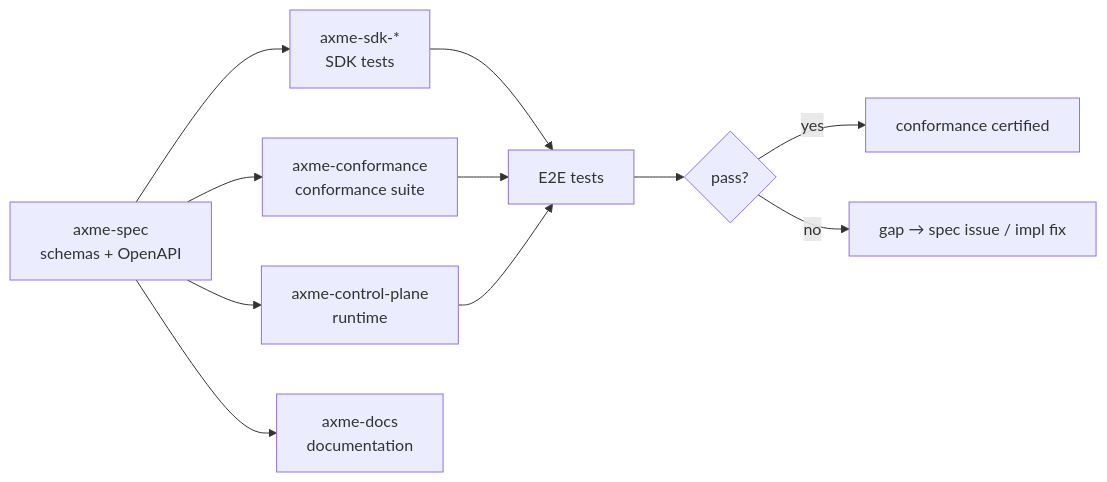
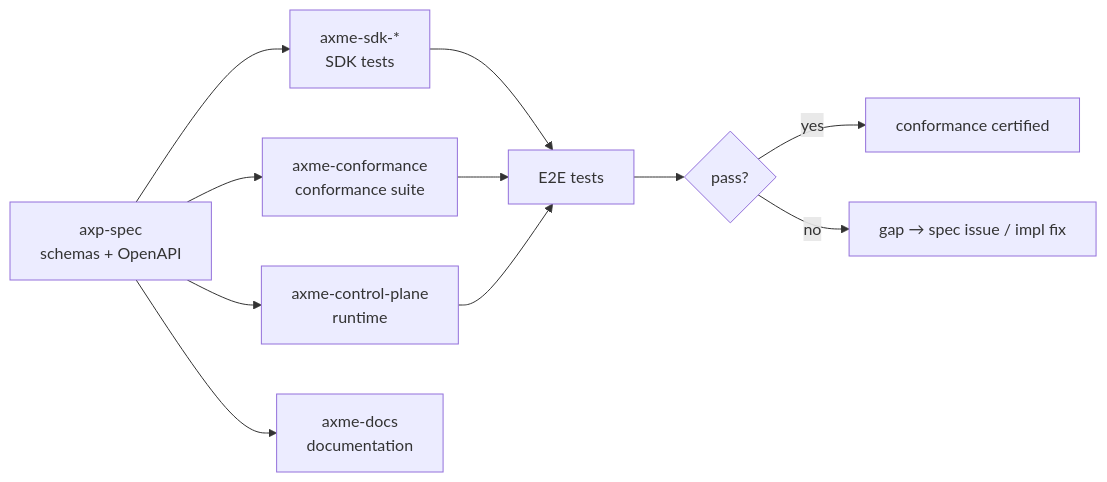
Before and after one commit to AxmeAI/axme-docs: the diagram in docs/diagrams/platform/04-conformance-traceability-map.mmd, drawn with Mermaid. The commit also changed 17 other files, not shown here.

```diff
--- a/docs/diagrams/platform/04-conformance-traceability-map.mmd
+++ b/docs/diagrams/platform/04-conformance-traceability-map.mmd
@@ -1,15 +1,15 @@
 flowchart LR
-    SPEC[axme-spec\nschemas + OpenAPI]
+    SPEC[axp-spec\nschemas + OpenAPI]
 
     SPEC --> SDK[axme-sdk-*\nSDK tests]
     SPEC --> CONF[axme-conformance\nconformance suite]
     SPEC --> CP[axme-control-plane\nruntime]
     SPEC --> DOCS[axme-docs\ndocumentation]
 
     SDK --> E2E[E2E tests]
     CONF --> E2E
     CP --> E2E
 
     E2E --> RESULT{pass?}
     RESULT -->|yes| CERT[conformance certified]
     RESULT -->|no| GAP[gap → spec issue / impl fix]
```
